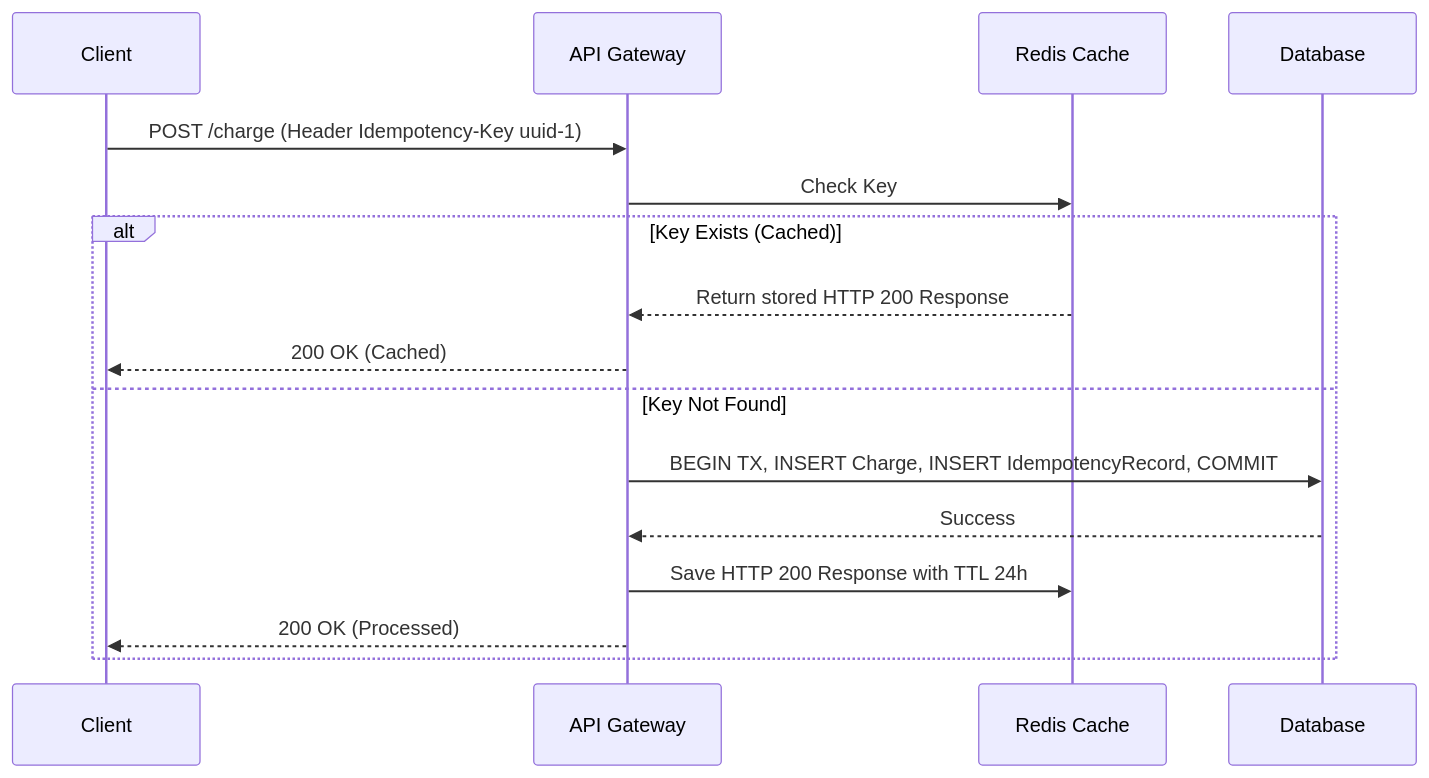
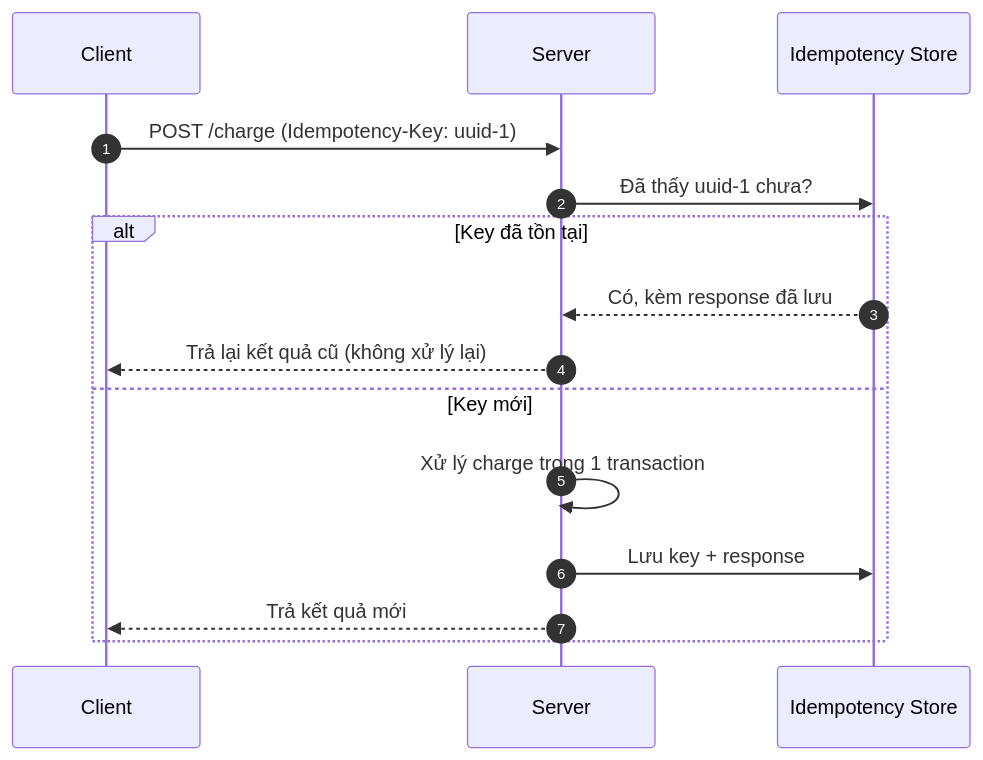
Before and after one commit to kythuatdulieu/kythuatdulieu.github.io: the diagram in src/content/docs/concepts/2-data-ingestion-integration/idempotency.md, drawn with Mermaid. The commit also changed other lines of this file and 212 other files, not shown here.

````diff
--- a/src/content/docs/concepts/2-data-ingestion-integration/idempotency.md
+++ b/src/content/docs/concepts/2-data-ingestion-integration/idempotency.md
@@ -44,19 +64,18 @@
 ```mermaid
 sequenceDiagram
+    autonumber
     participant Client
-    participant API Gateway
-    participant Redis Cache
-    participant Database
+    participant Server
+    participant Store as Idempotency Store
 
-    Client->>API Gateway: POST /charge (Header Idempotency-Key uuid-1)
-    API Gateway->>Redis Cache: Check Key
-    alt Key Exists (Cached)
-        Redis Cache-->>API Gateway: Return stored HTTP 200 Response
-        API Gateway-->>Client: 200 OK (Cached)
-    else Key Not Found
-        API Gateway->>Database: BEGIN TX, INSERT Charge, INSERT IdempotencyRecord, COMMIT
-        Database-->>API Gateway: Success
-        API Gateway->>Redis Cache: Save HTTP 200 Response with TTL 24h
-        API Gateway-->>Client: 200 OK (Processed)
+    Client->>Server: POST /charge (Idempotency-Key: uuid-1)
+    Server->>Store: Đã thấy uuid-1 chưa?
+    alt Key đã tồn tại
+        Store-->>Server: Có, kèm response đã lưu
+        Server-->>Client: Trả lại kết quả cũ (không xử lý lại)
+    else Key mới
+        Server->>Server: Xử lý charge trong 1 transaction
+        Server->>Store: Lưu key + response
+        Server-->>Client: Trả kết quả mới
     end
 ```
````
